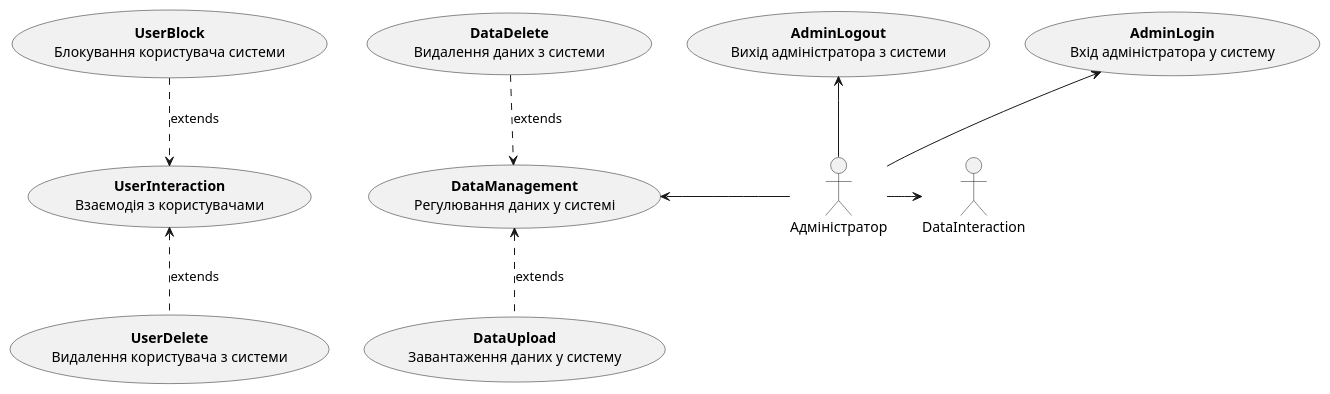
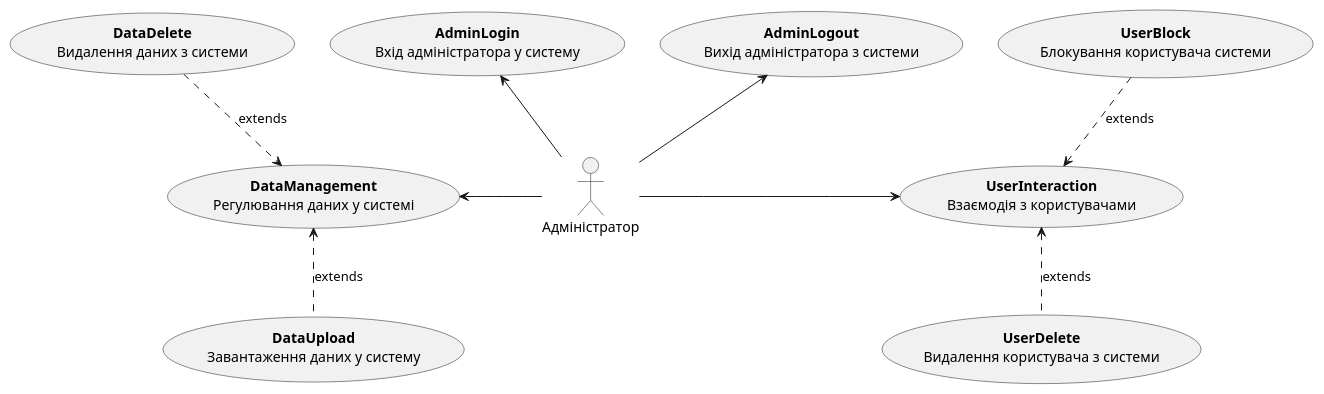
Before and after one commit to notnuff/edu_db_labs-IM-21: the fourth of 18 diagrams in docs/use cases/README.md, drawn with PlantUML. The commit also changed other lines of this file, not shown here.

```diff
--- a/docs/use cases/README.md
+++ b/docs/use cases/README.md
@@ -76,26 +76,26 @@
 @startuml
 
     actor "Адміністратор" as Administrator
 
     usecase "<b>AdminLogin</b>\nВхід адміністратора у систему" as AdminLogin
     usecase "<b>AdminLogout</b>\nВихід адміністратора з системи" as AdminLogout
     usecase "<b>DataManagement</b>\nРегулювання даних у системі" as DataManagement
     usecase "<b>DataDelete</b>\nВидалення даних з системи" as DataDelete
     usecase "<b>DataUpload</b>\nЗавантаження даних у систему" as DataUpload
     usecase "<b>UserInteraction</b>\nВзаємодія з користувачами" as UserInteraction
     usecase "<b>UserBlock</b>\nБлокування користувача системи" as UserBlock
     usecase "<b>UserDelete</b>\nВидалення користувача з системи" as UserDelete
 
 
     Administrator -l-> DataManagement
     Administrator -u-> AdminLogin
     Administrator -u-> AdminLogout
-    Administrator -r-> DataInteraction
+    Administrator -r-> UserInteraction
 
     DataManagement <.u. DataDelete:extends
     DataManagement <.d. DataUpload:extends
 
     UserInteraction <.u. UserBlock:extends
     UserInteraction <.d. UserDelete:extends
 
 @enduml
```
